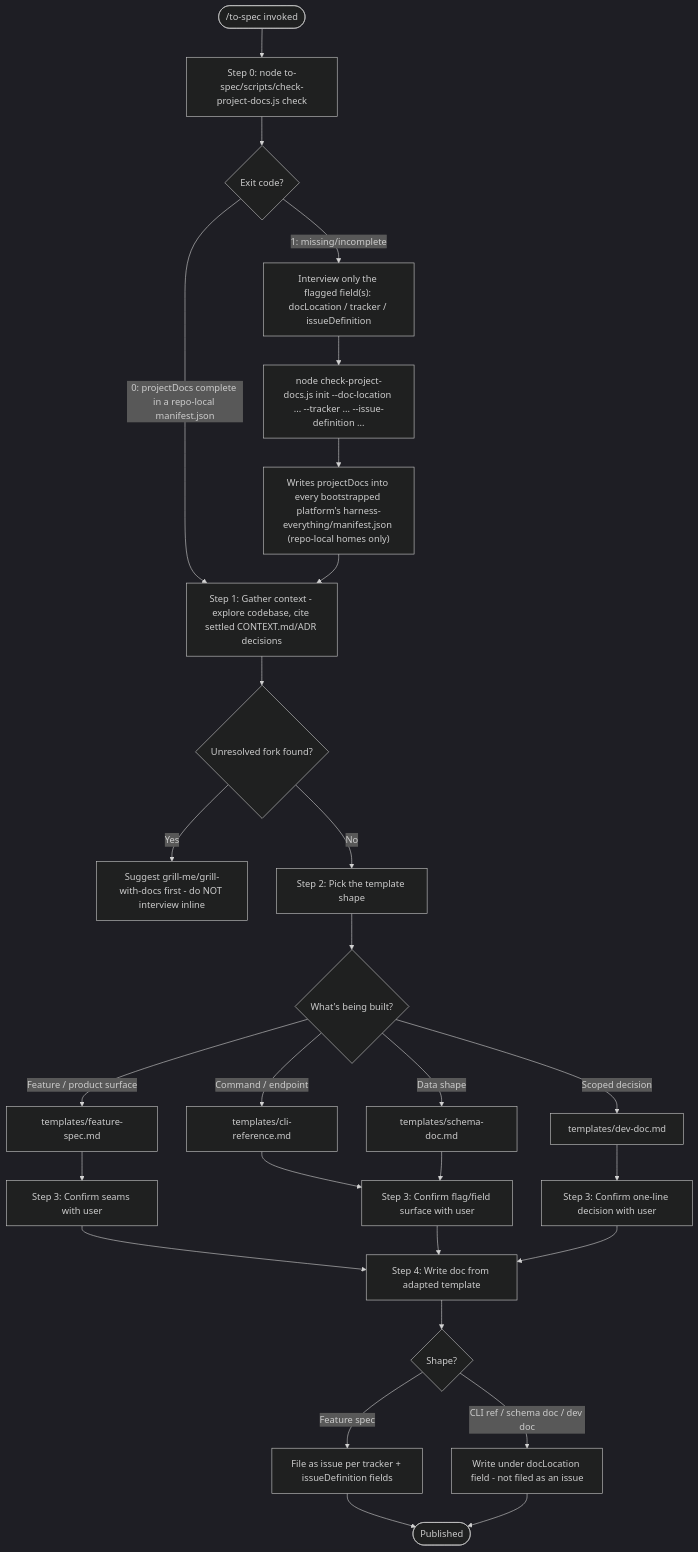
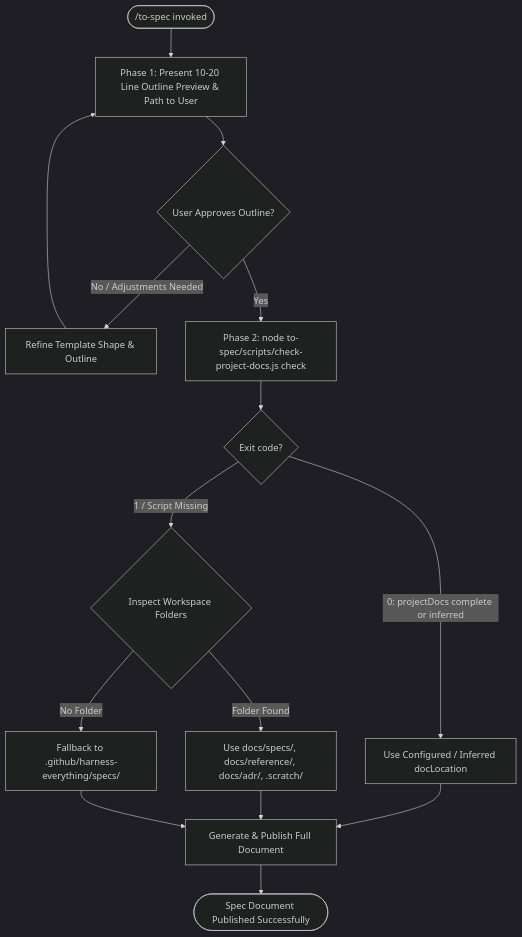
One commit to dyphn1/Harness-everything changed the first of 3 diagrams in docs/workflows/to-spec.md. Above: the diagram before and after it, drawn with Mermaid (dark theme). The commit also changed 54 other files, not shown here.

````diff
--- a/docs/workflows/to-spec.md
+++ b/docs/workflows/to-spec.md
@@ -11,30 +11,20 @@
 ```mermaid
 graph TD
-  Start(["/to-spec invoked"]) --> CheckScript["Step 0: node to-spec/scripts/check-project-docs.js check"]
+  Start(["/to-spec invoked"]) --> OutlinePreview["Phase 1: Present 10-20 Line Outline Preview & Path to User"]
+  OutlinePreview --> UserApproved{"User Approves Outline?"}
+  UserApproved -->|No / Adjustments Needed| AdjustOutline["Refine Template Shape & Outline"] --> OutlinePreview
+  
+  UserApproved -->|Yes| CheckScript["Phase 2: node to-spec/scripts/check-project-docs.js check"]
   CheckScript --> ExitCode{"Exit code?"}
-  ExitCode -->|0: projectDocs complete in a repo-local manifest.json| Gather
-  ExitCode -->|1: missing/incomplete| Interview["Interview only the flagged field(s): docLocation / tracker / issueDefinition"]
-  Interview --> PersistInit["node check-project-docs.js init --doc-location ... --tracker ... --issue-definition ..."]
-  PersistInit --> WriteManifest["Writes projectDocs into every bootstrapped platform's harness-everything/manifest.json (repo-local homes only)"]
-  WriteManifest --> Gather["Step 1: Gather context - explore codebase, cite settled CONTEXT.md/ADR decisions"]
-  Gather --> PriorGrilling{"Unresolved fork found?"}
-  PriorGrilling -->|Yes| SuggestGrill["Suggest grill-me/grill-with-docs first - do NOT interview inline"]
-  PriorGrilling -->|No| PickShape["Step 2: Pick the template shape"]
-  PickShape --> ShapeChoice{"What's being built?"}
-  ShapeChoice -->|Feature / product surface| FeatureSpec["templates/feature-spec.md"]
-  ShapeChoice -->|Command / endpoint| CliRef["templates/cli-reference.md"]
-  ShapeChoice -->|Data shape| SchemaDoc["templates/schema-doc.md"]
-  ShapeChoice -->|Scoped decision| DevDoc["templates/dev-doc.md"]
-  FeatureSpec --> ConfirmSeams["Step 3: Confirm seams with user"]
-  CliRef --> ConfirmSurface["Step 3: Confirm flag/field surface with user"]
-  SchemaDoc --> ConfirmSurface
-  DevDoc --> ConfirmDecision["Step 3: Confirm one-line decision with user"]
-  ConfirmSeams --> WriteDoc["Step 4: Write doc from adapted template"]
-  ConfirmSurface --> WriteDoc
-  ConfirmDecision --> WriteDoc
-  WriteDoc --> RouteDest{"Shape?"}
-  RouteDest -->|Feature spec| PublishIssue["File as issue per tracker + issueDefinition fields"]
-  RouteDest -->|CLI ref / schema doc / dev doc| PublishDoc["Write under docLocation field - not filed as an issue"]
-  PublishIssue --> End(["Published"])
-  PublishDoc --> End
+  ExitCode -->|0: projectDocs complete or inferred| ResolveConfig["Use Configured / Inferred docLocation"]
+  ExitCode -->|1 / Script Missing| InspectWorkspace{"Inspect Workspace Folders"}
+  
+  InspectWorkspace -->|Folder Found| ResolveWorkspace["Use docs/specs/, docs/reference/, docs/adr/, .scratch/"]
+  InspectWorkspace -->|No Folder| ResolvePlatform["Fallback to .github/harness-everything/specs/"]
+  
+  ResolveConfig --> WriteDoc["Generate & Publish Full Document"]
+  ResolveWorkspace --> WriteDoc
+  ResolvePlatform --> WriteDoc
+  
+  WriteDoc --> End(["Spec Document Published Successfully"])
 ```
````
